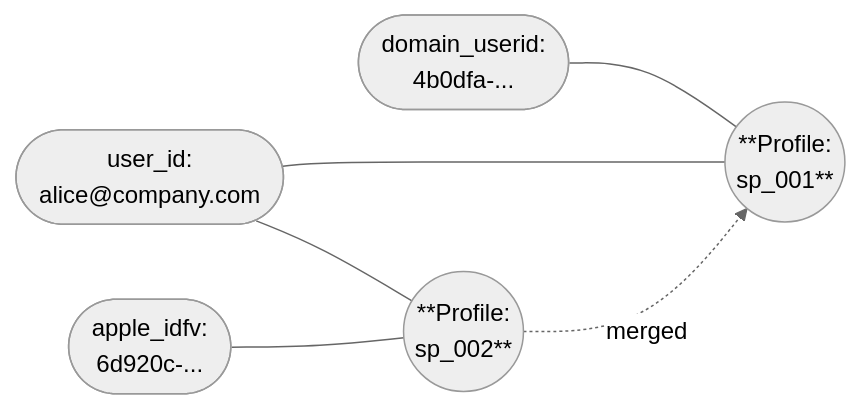
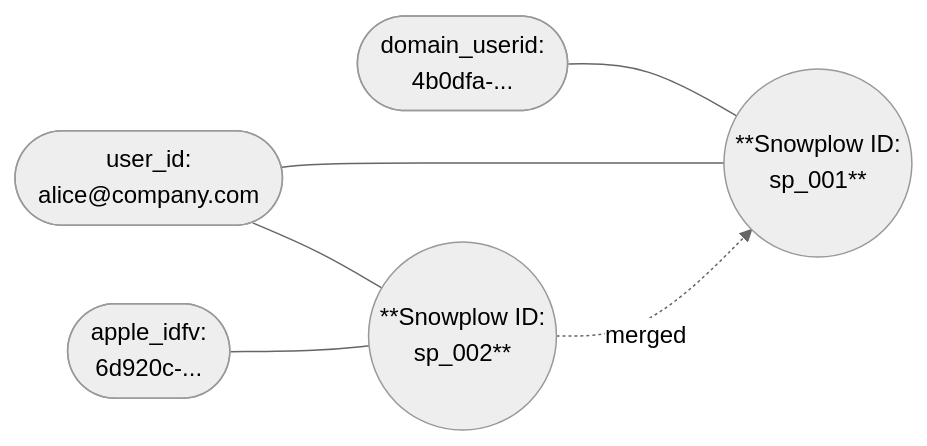
Before and after one commit to snowplow/documentation: the third of 3 diagrams in docs/identities/concepts/merges/index.md, drawn with Mermaid (neutral theme). The commit also changed other lines of this file and 7 other files, not shown here.

````diff
--- a/docs/identities/concepts/merges/index.md
+++ b/docs/identities/concepts/merges/index.md
@@ -58,14 +58,14 @@
 ```mermaid
 graph LR
     A(["domain_userid:<br/>4b0dfa-..."])
     B(["user_id:<br/>alice@company.com"])
     C(["apple_idfv:<br/>6d920c-..."])
-    P1(("**Profile:<br/> sp_001**"))
-    P2(("**Profile:<br/> sp_002**"))
+    P1(("**Snowplow ID:<br/> sp_001**"))
+    P2(("**Snowplow ID:<br/> sp_002**"))
 
     A --- P1
     B --- P1
     C --- P2
     B --- P2
     P2 -. merged .-> P1
 ```
````
